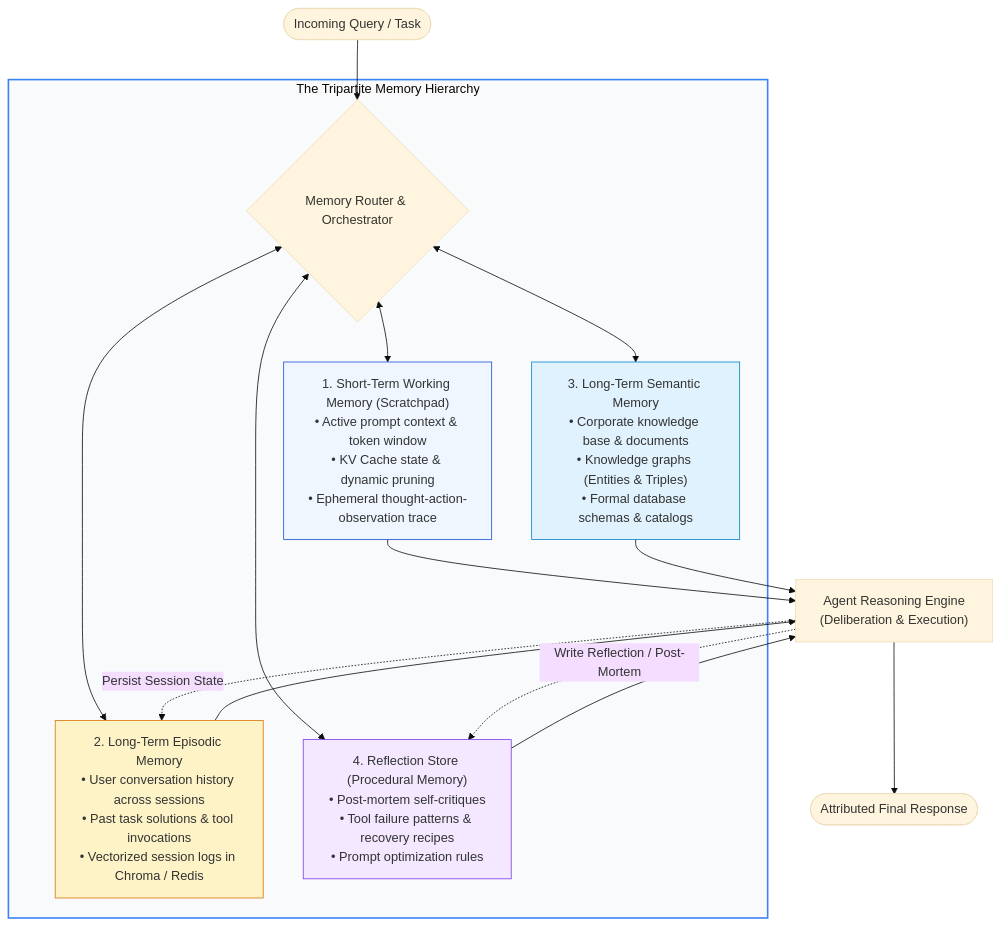
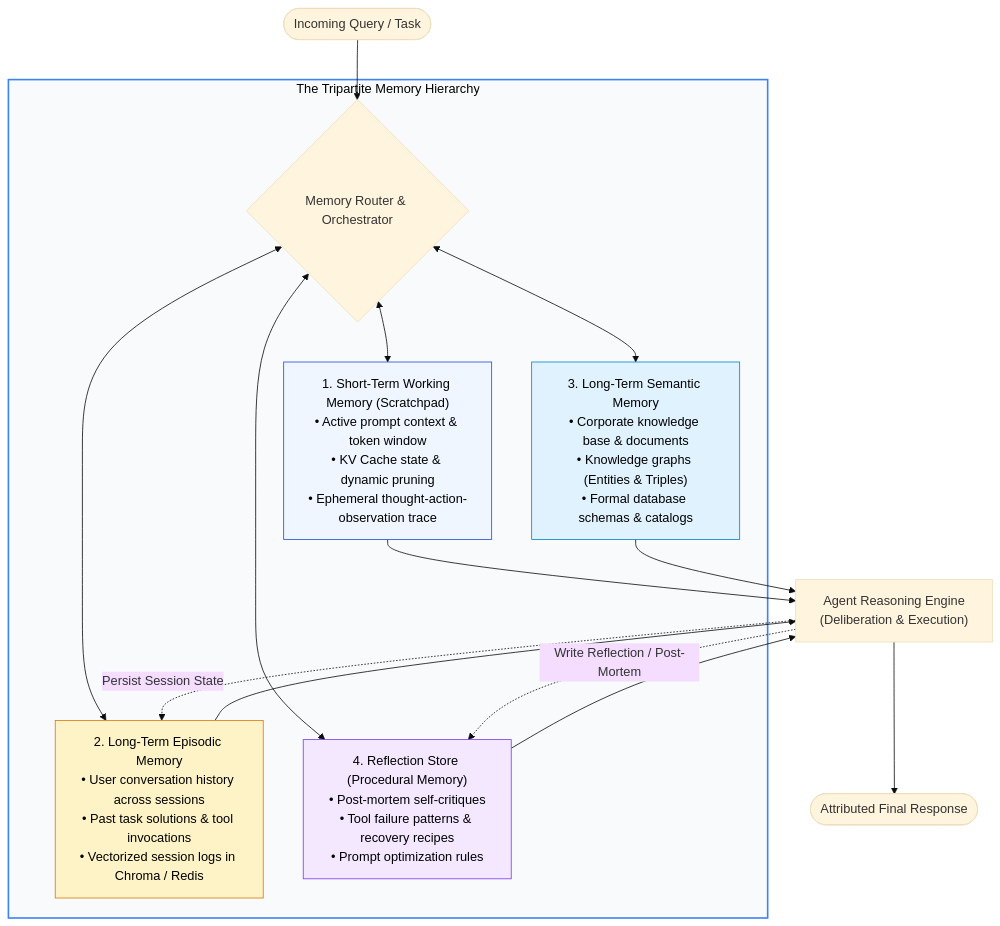
One commit to swapnil3104/RAG-Engineering changed the first of 5 diagrams in 07-Agentic-RAG/Memory-in-RAG.md. Above: the diagram before and after it, drawn with Mermaid (base theme). The commit also changed other lines of this file and 108 other files, not shown here.

Commit message:
fix: make chart text visible across all Mermaid diagrams and resolve markdown table formatting issues

````diff
--- a/07-Agentic-RAG/Memory-in-RAG.md
+++ b/07-Agentic-RAG/Memory-in-RAG.md
@@ -25,29 +25,29 @@
 ```mermaid
 flowchart TD
     UserQ([Incoming Query / Task]) --> MemoryRouter{"Memory Router & Orchestrator"}
     
     subgraph MultiTier ["The Tripartite Memory Hierarchy"]
         MemoryRouter <--> Tier1["1. Short-Term Working Memory (Scratchpad)<br/>• Active prompt context & token window<br/>• KV Cache state & dynamic pruning<br/>• Ephemeral thought-action-observation trace"]
         
         MemoryRouter <--> Tier2["2. Long-Term Episodic Memory<br/>• User conversation history across sessions<br/>• Past task solutions & tool invocations<br/>• Vectorized session logs in Chroma / Redis"]
         
         MemoryRouter <--> Tier3["3. Long-Term Semantic Memory<br/>• Corporate knowledge base & documents<br/>• Knowledge graphs (Entities & Triples)<br/>• Formal database schemas & catalogs"]
         
         MemoryRouter <--> Tier4["4. Reflection Store (Procedural Memory)<br/>• Post-mortem self-critiques<br/>• Tool failure patterns & recovery recipes<br/>• Prompt optimization rules"]
     end
     
     Tier1 --> ReasoningCore["Agent Reasoning Engine<br/>(Deliberation & Execution)"]
     Tier2 --> ReasoningCore
     Tier3 --> ReasoningCore
     Tier4 --> ReasoningCore
 
     ReasoningCore --> Response([Attributed Final Response])
     ReasoningCore -.->|Write Reflection / Post-Mortem| Tier4
     ReasoningCore -.->|Persist Session State| Tier2
 
-    style MultiTier fill:#f8fafc,stroke:#3b82f6,stroke-width:2px
-    style Tier1 fill:#eff6ff,stroke:#1d4ed8,stroke-width:1px
-    style Tier2 fill:#fef3c7,stroke:#d97706,stroke-width:1px
-    style Tier3 fill:#e0f2fe,stroke:#0284c7,stroke-width:1px
-    style Tier4 fill:#f3e8ff,stroke:#7c3aed,stroke-width:1px
+    style MultiTier fill:#f8fafc,stroke:#3b82f6,stroke-width:2px,color:#000000
+    style Tier1 fill:#eff6ff,stroke:#1d4ed8,stroke-width:1px,color:#000000
+    style Tier2 fill:#fef3c7,stroke:#d97706,stroke-width:1px,color:#000000
+    style Tier3 fill:#e0f2fe,stroke:#0284c7,stroke-width:1px,color:#000000
+    style Tier4 fill:#f3e8ff,stroke:#7c3aed,stroke-width:1px,color:#000000
 ```
````
